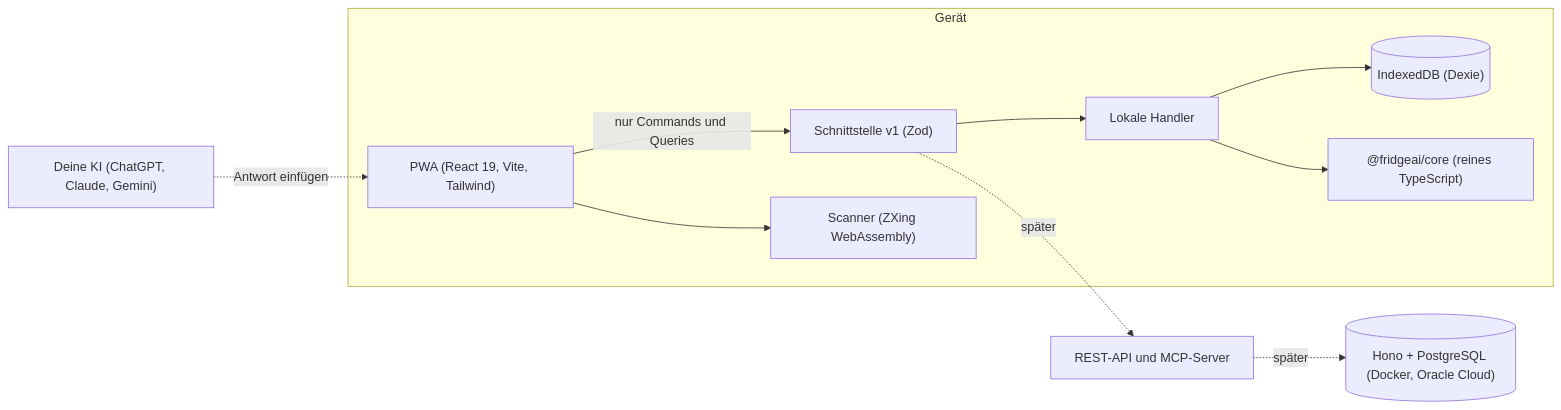
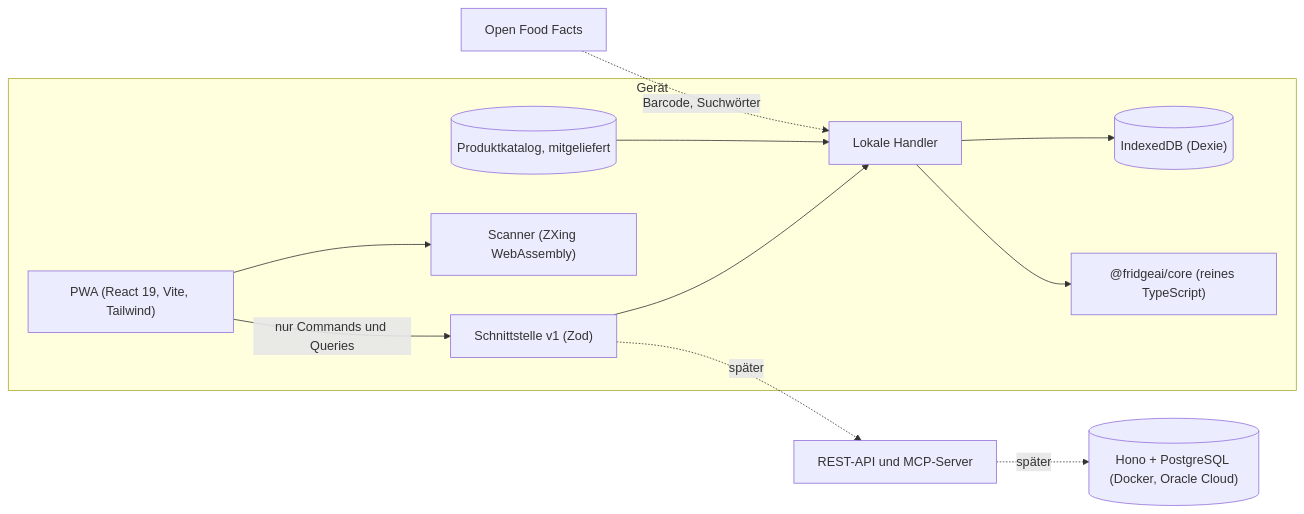
Before and after one commit to BanioX/FridgeAI: the diagram in README.md, drawn with Mermaid. The commit also changed other lines of this file and 18 other files, not shown here.

````diff
--- a/README.md
+++ b/README.md
@@ -92,13 +94,14 @@
 ```mermaid
 flowchart LR
   subgraph Gerät
     UI["PWA (React 19, Vite, Tailwind)"] -->|nur Commands und Queries| Contract["Schnittstelle v1 (Zod)"]
     Contract --> Handlers["Lokale Handler"]
     Handlers --> DB[("IndexedDB (Dexie)")]
     Handlers --> Core["@fridgeai/core (reines TypeScript)"]
     UI --> Scanner["Scanner (ZXing WebAssembly)"]
+    Katalog[("Produktkatalog, mitgeliefert")] --> Handlers
   end
-  KI["Deine KI (ChatGPT, Claude, Gemini)"] -. "Antwort einfügen" .-> UI
+  OFF["Open Food Facts"] -. "Barcode, Suchwörter" .-> Handlers
   Contract -. später .-> API["REST-API und MCP-Server"]
   API -. später .-> Server[("Hono + PostgreSQL (Docker, Oracle Cloud)")]
 ```
````
